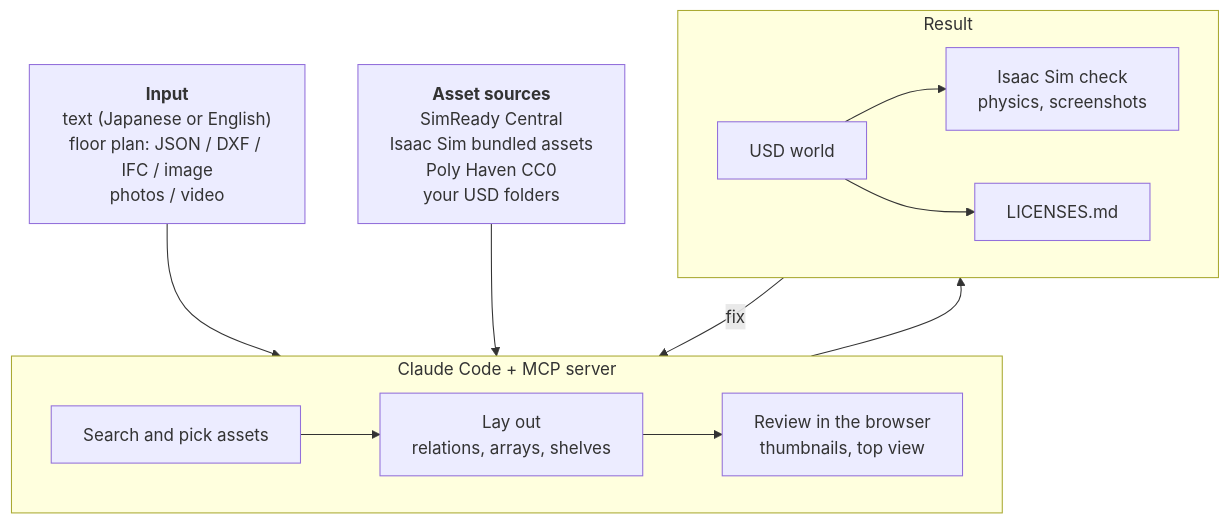
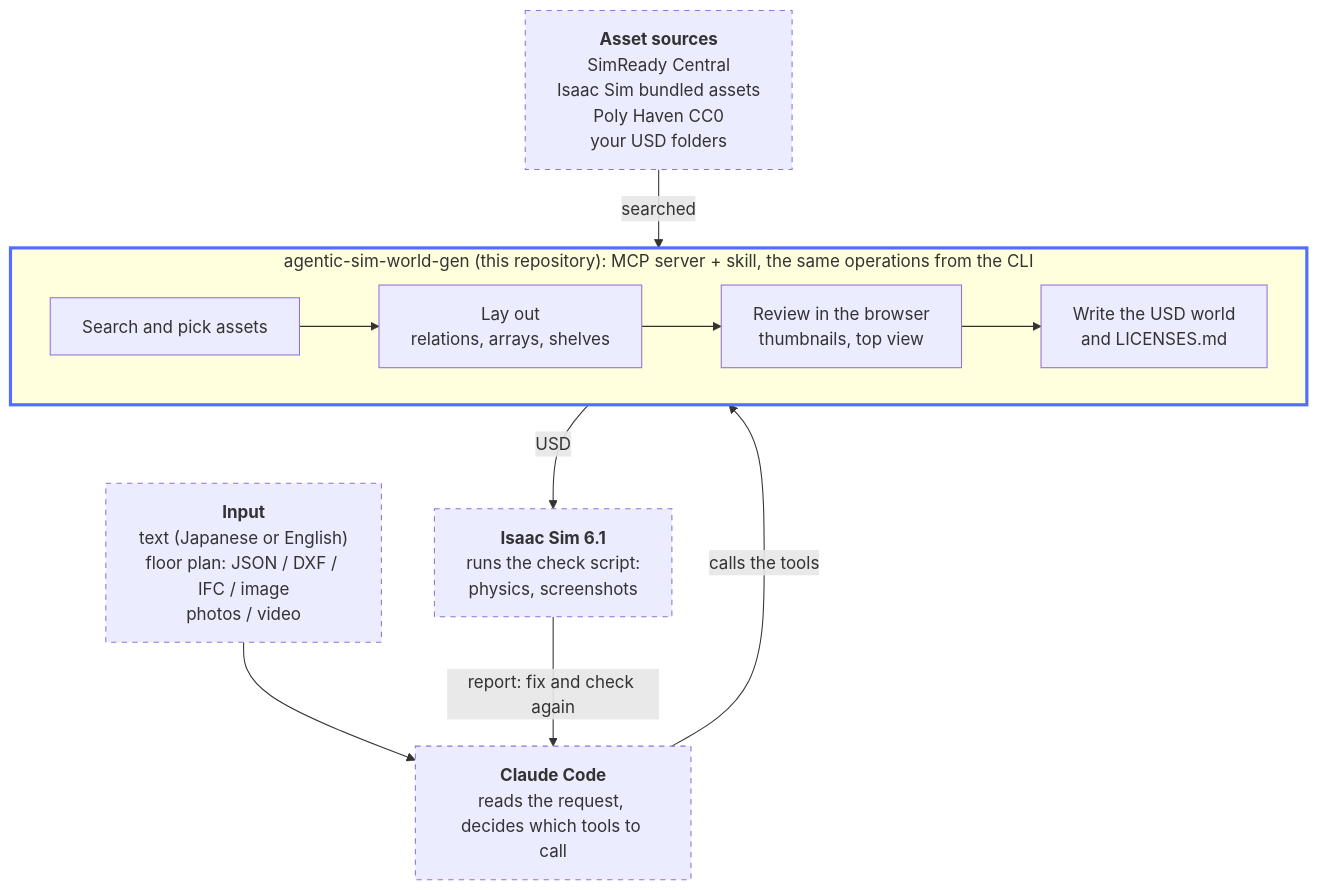
The diagram in README.md (atinfinity/agentic-sim-world-gen), drawn with Mermaid before and after one commit. The commit also changed other lines of this file and 2 other files, not shown here.

Commit message:
README diagram: show which part is agentic-sim-world-gen (#23)
A thick frame for this repository (MCP server + skill, the same operations from the CLI: search, lay out,
review, write the USD and LICENSES.md); Claude Code, the input, the asset sources and Isaac Sim are dashed
boxes outside it. Both languages.

````diff
--- a/README.md
+++ b/README.md
@@ -10,18 +10,19 @@
 ```mermaid
 flowchart TB
   IN["<b>Input</b><br/>text (Japanese or English)<br/>floor plan: JSON / DXF / IFC / image<br/>photos / video"]
+  CC["<b>Claude Code</b><br/>reads the request, decides which tools to call"]
+  subgraph WG["agentic-sim-world-gen (this repository): MCP server + skill, the same operations from the CLI"]
+    direction LR
+    S["Search and pick assets"] --> L["Lay out<br/>relations, arrays, shelves"] --> V["Review in the browser<br/>thumbnails, top view"] --> U["Write the USD world<br/>and LICENSES.md"]
+  end
   SRC["<b>Asset sources</b><br/>SimReady Central<br/>Isaac Sim bundled assets<br/>Poly Haven CC0<br/>your USD folders"]
-  subgraph AG["Claude Code + MCP server"]
-    direction LR
-    S["Search and pick assets"] --> L["Lay out<br/>relations, arrays, shelves"] --> V["Review in the browser<br/>thumbnails, top view"]
-  end
-  subgraph OUT["Result"]
-    direction LR
-    U["USD world"] --> C["Isaac Sim check<br/>physics, screenshots"]
-    U --> LIC["LICENSES.md"]
-  end
-  IN --> AG
-  SRC --> AG
-  AG --> OUT
-  OUT -- "fix" --> AG
+  ISAAC["<b>Isaac Sim 6.1</b><br/>runs the check script:<br/>physics, screenshots"]
+  IN --> CC
+  CC -- "calls the tools" --> WG
+  SRC -- "searched" --> WG
+  WG -- "USD" --> ISAAC
+  ISAAC -- "report: fix and check again" --> CC
+  style WG stroke:#536dfe,stroke-width:3px
+  classDef outside stroke-dasharray:5 5
+  class IN,CC,SRC,ISAAC outside
 ```
````
